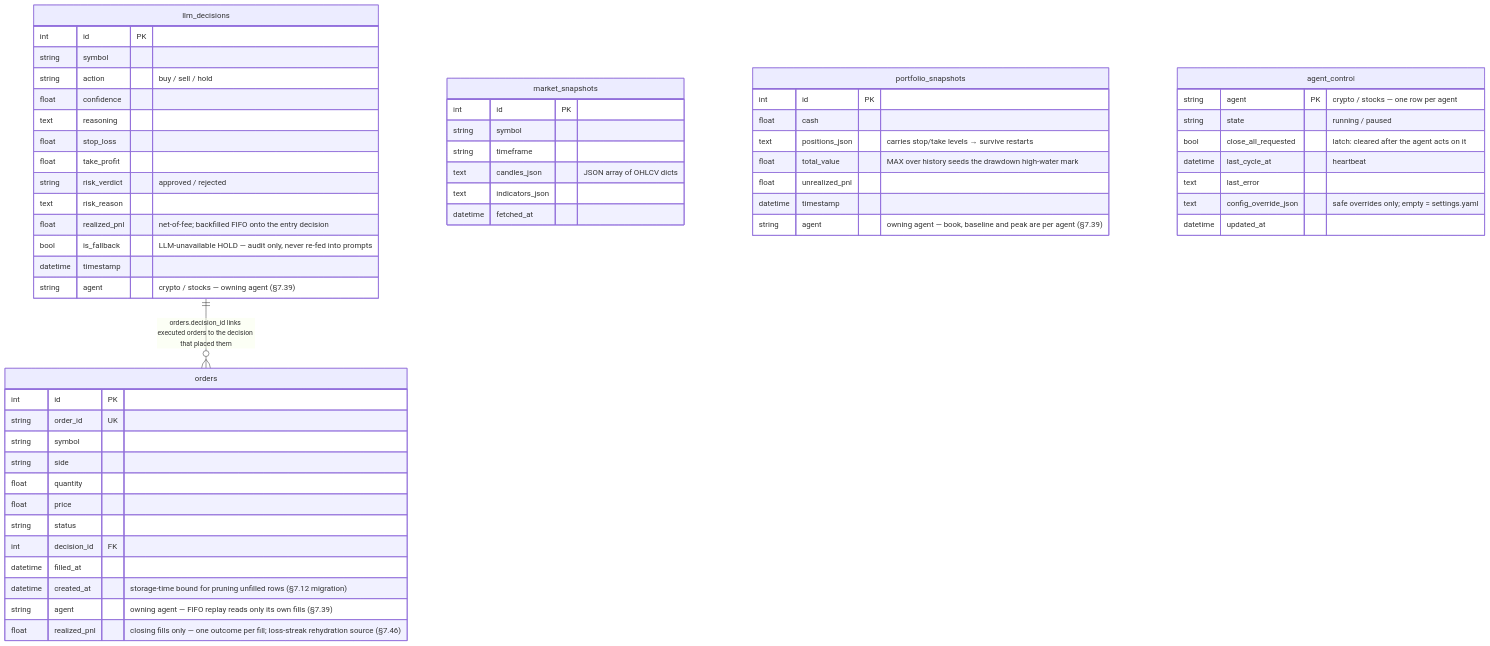
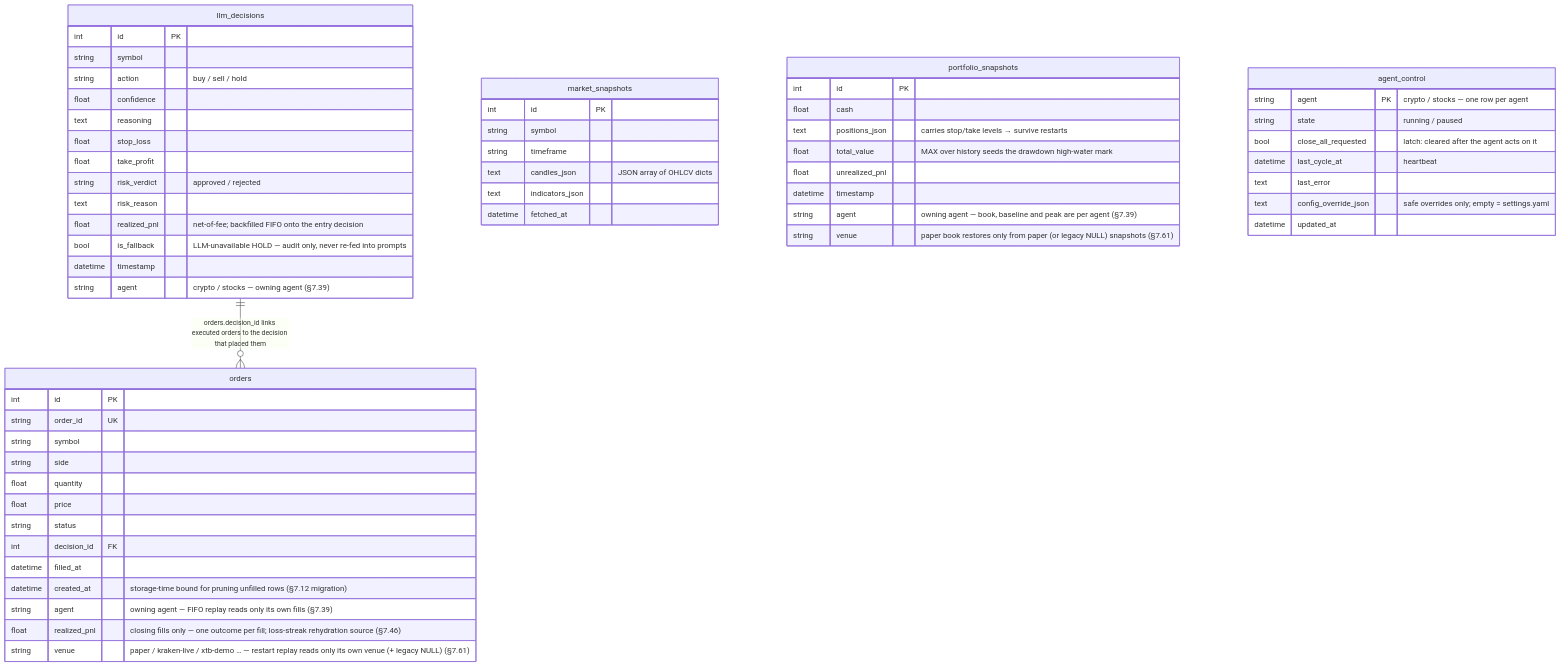
Before and after one commit to BBlazej/smartyTrader: the fifth of 6 diagrams in ARCHITECTURE.md, drawn with Mermaid. The commit also changed other lines of this file and 23 other files, not shown here.

````diff
--- a/ARCHITECTURE.md
+++ b/ARCHITECTURE.md
@@ -332,59 +332,61 @@
 ```mermaid
 erDiagram
     llm_decisions ||--o{ orders : "orders.decision_id links executed orders to the decision that placed them"
     market_snapshots {
         int id PK
         string symbol
         string timeframe
         text candles_json "JSON array of OHLCV dicts"
         text indicators_json
         datetime fetched_at
     }
     llm_decisions {
         int id PK
         string symbol
         string action "buy / sell / hold"
         float confidence
         text reasoning
         float stop_loss
         float take_profit
         string risk_verdict "approved / rejected"
         text risk_reason
         float realized_pnl "net-of-fee; backfilled FIFO onto the entry decision"
         bool is_fallback "LLM-unavailable HOLD — audit only, never re-fed into prompts"
         datetime timestamp
         string agent "crypto / stocks — owning agent (§7.39)"
     }
     orders {
         int id PK
         string order_id UK
         string symbol
         string side
         float quantity
         float price
         string status
         int decision_id FK
         datetime filled_at
         datetime created_at "storage-time bound for pruning unfilled rows (§7.12 migration)"
         string agent "owning agent — FIFO replay reads only its own fills (§7.39)"
         float realized_pnl "closing fills only — one outcome per fill; loss-streak rehydration source (§7.46)"
+        string venue "paper / kraken-live / xtb-demo … — restart replay reads only its own venue (+ legacy NULL) (§7.61)"
     }
     portfolio_snapshots {
         int id PK
         float cash
         text positions_json "carries stop/take levels → survive restarts"
         float total_value "MAX over history seeds the drawdown high-water mark"
         float unrealized_pnl
         datetime timestamp
         string agent "owning agent — book, baseline and peak are per agent (§7.39)"
+        string venue "paper book restores only from paper (or legacy NULL) snapshots (§7.61)"
     }
     agent_control {
         string agent PK "crypto / stocks — one row per agent"
         string state "running / paused"
         bool close_all_requested "latch: cleared after the agent acts on it"
         datetime last_cycle_at "heartbeat"
         text last_error
         text config_override_json "safe overrides only; empty = settings.yaml"
         datetime updated_at
     }
 ```
````
